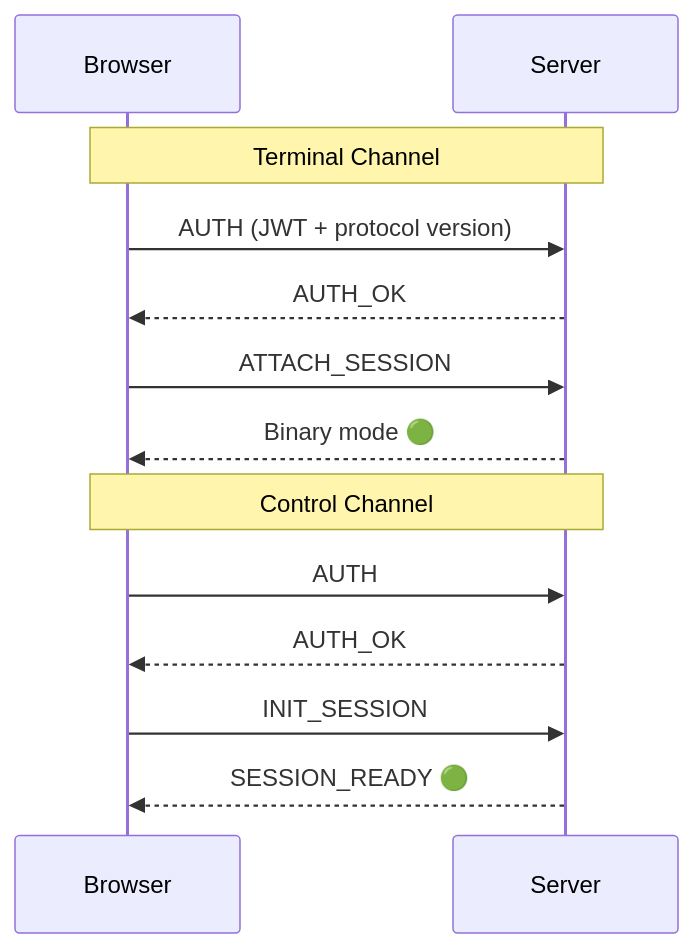
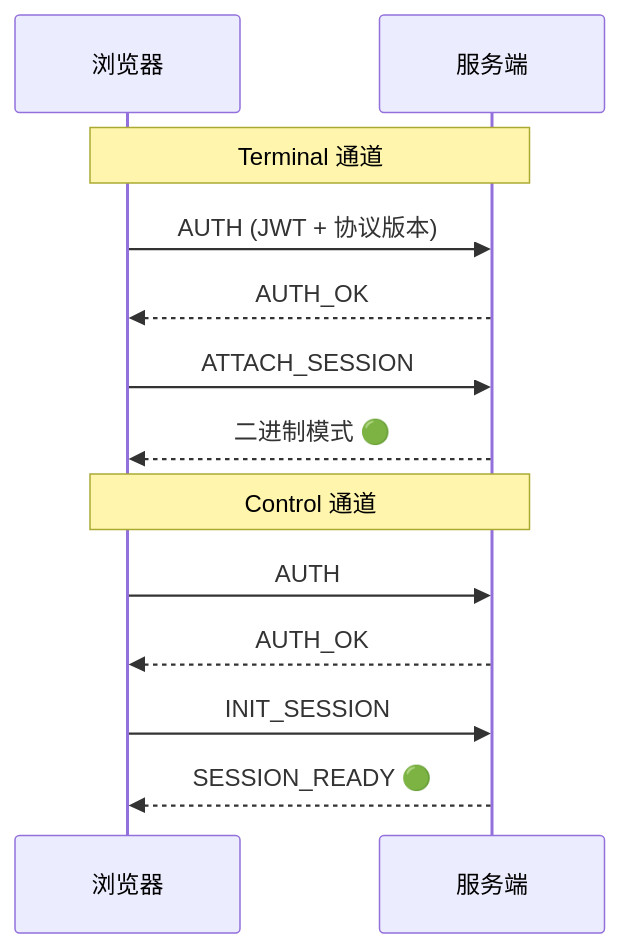
Before and after one commit to wait4xx/AI-CLI: the second of 2 diagrams in README.md, drawn with Mermaid. The commit also changed other lines of this file and 7 other files, not shown here.

````diff
--- a/README.md
+++ b/README.md
@@ -165,17 +168,17 @@
 ```mermaid
 sequenceDiagram
-    participant B as Browser
-    participant S as Server
+    participant B as 浏览器
+    participant S as 服务端
 
-    Note over B,S: Terminal Channel
-    B->>S: AUTH (JWT + protocol version)
+    Note over B,S: Terminal 通道
+    B->>S: AUTH (JWT + 协议版本)
     S-->>B: AUTH_OK
     B->>S: ATTACH_SESSION
-    S-->>B: Binary mode 🟢
+    S-->>B: 二进制模式 🟢
 
-    Note over B,S: Control Channel
+    Note over B,S: Control 通道
     B->>S: AUTH
     S-->>B: AUTH_OK
     B->>S: INIT_SESSION
     S-->>B: SESSION_READY 🟢
 ```
````
